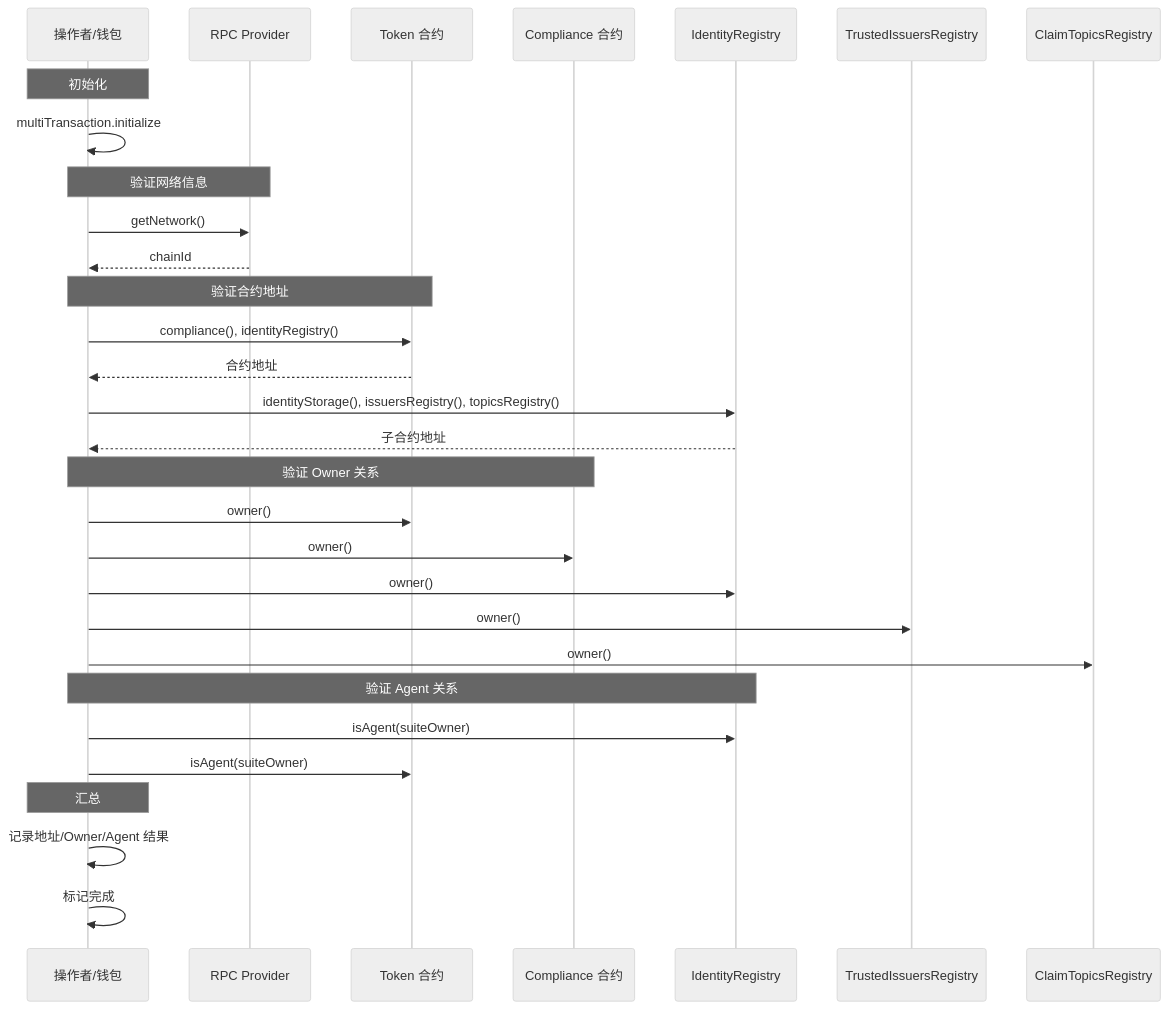
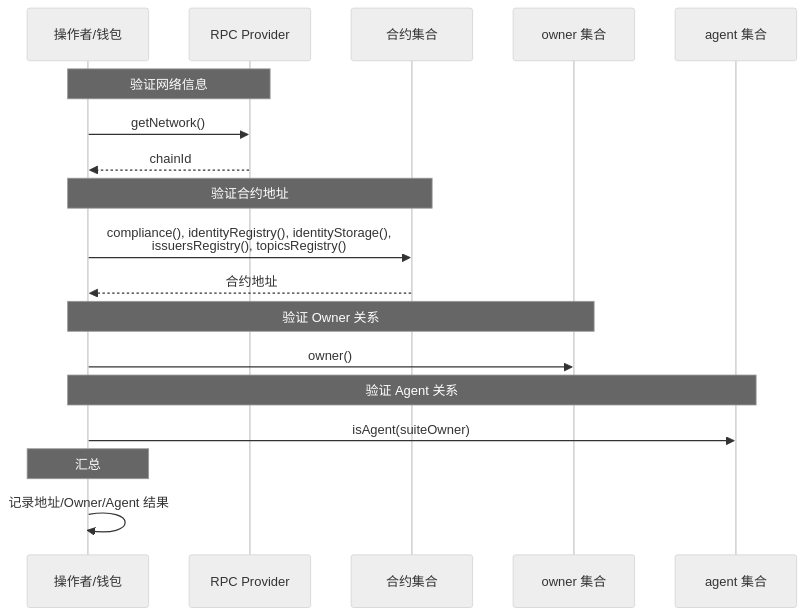
The diagram in document/examples/validateDeployment.md (Joshuashen022/erc-3643-demo), drawn with Mermaid (neutral theme) before and after one commit. The commit also changed 10 other files, not shown here.

````diff
--- a/document/examples/validateDeployment.md
+++ b/document/examples/validateDeployment.md
@@ -5,38 +5,28 @@
 ```mermaid
 sequenceDiagram
     participant Operator as 操作者/钱包
     participant Provider as RPC Provider
-    participant Token as Token 合约
-    participant Compliance as Compliance 合约
-    participant Registry as IdentityRegistry
-    participant Trusted as TrustedIssuersRegistry
-    participant Topics as ClaimTopicsRegistry
-
-    Note over Operator:  初始化
-    Operator->>Operator: multiTransaction.initialize
+    participant Token as 合约集合
+    participant Compliance as owner 集合
+    participant Registry as agent 集合
 
     Note over Operator,Provider:  验证网络信息
     Operator->>Provider: getNetwork()
     Provider-->>Operator: chainId
 
     Note over Operator,Token:  验证合约地址
-    Operator->>Token: compliance(), identityRegistry()
+    Operator->>Token: compliance(), identityRegistry(), identityStorage(), <br/>issuersRegistry(), topicsRegistry()
     Token-->>Operator: 合约地址
-    Operator->>Registry: identityStorage(), issuersRegistry(), topicsRegistry()
-    Registry-->>Operator: 子合约地址
+  
+    Note over Operator,Compliance:  验证 Owner 关系
 
-    Note over Operator,Compliance:  验证 Owner 关系
-    Operator->>Token: owner()
     Operator->>Compliance: owner()
-    Operator->>Registry: owner()
-    Operator->>Trusted: owner()
-    Operator->>Topics: owner()
 
     Note over Operator,Registry:  验证 Agent 关系
     Operator->>Registry: isAgent(suiteOwner)
-    Operator->>Token: isAgent(suiteOwner)
+
 
     Note over Operator:  汇总
     Operator->>Operator: 记录地址/Owner/Agent 结果
-    Operator->>Operator: 标记完成
+  
 ```
````
